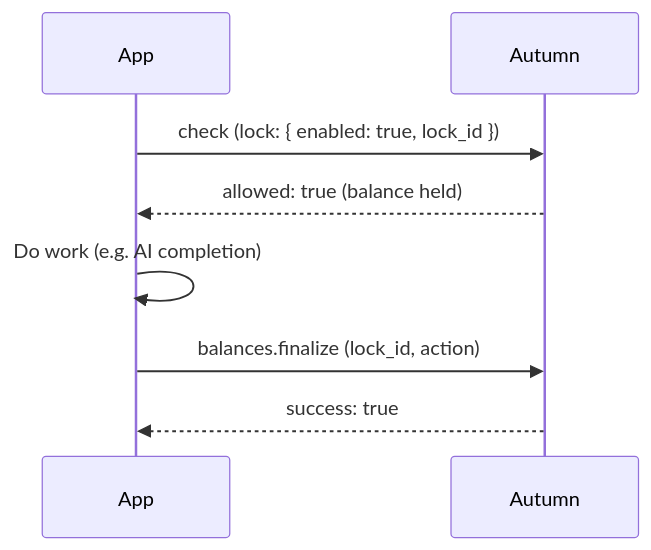
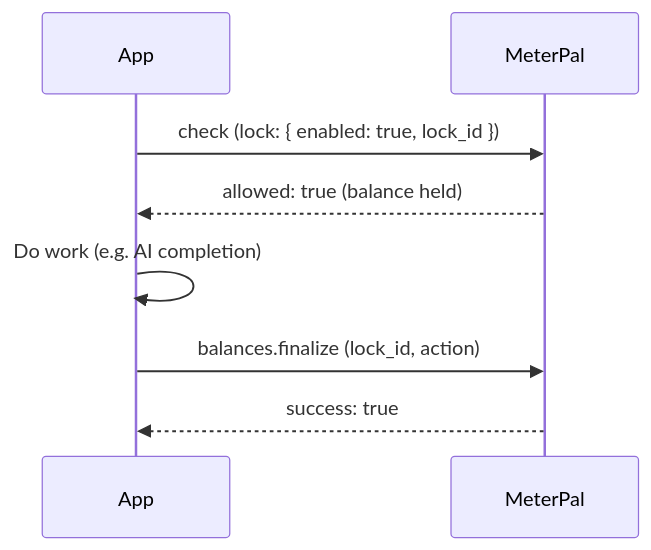
The diagram in billing/apps/docs/mintlify/documentation/customers/balance-locking.mdx (envision5/MeterPal), drawn with Mermaid before and after one commit. The commit also changed other lines of this file and 345 other files, not shown here.

````diff
--- a/billing/apps/docs/mintlify/documentation/customers/balance-locking.mdx
+++ b/billing/apps/docs/mintlify/documentation/customers/balance-locking.mdx
@@ -14,10 +14,10 @@
 ```mermaid
 sequenceDiagram
     participant App
-    participant Autumn
-    App->>Autumn: check (lock: { enabled: true, lock_id })
-    Autumn-->>App: allowed: true (balance held)
+    participant MeterPal
+    App->>MeterPal: check (lock: { enabled: true, lock_id })
+    MeterPal-->>App: allowed: true (balance held)
     App->>App: Do work (e.g. AI completion)
-    App->>Autumn: balances.finalize (lock_id, action)
-    Autumn-->>App: success: true
+    App->>MeterPal: balances.finalize (lock_id, action)
+    MeterPal-->>App: success: true
 ```
````
